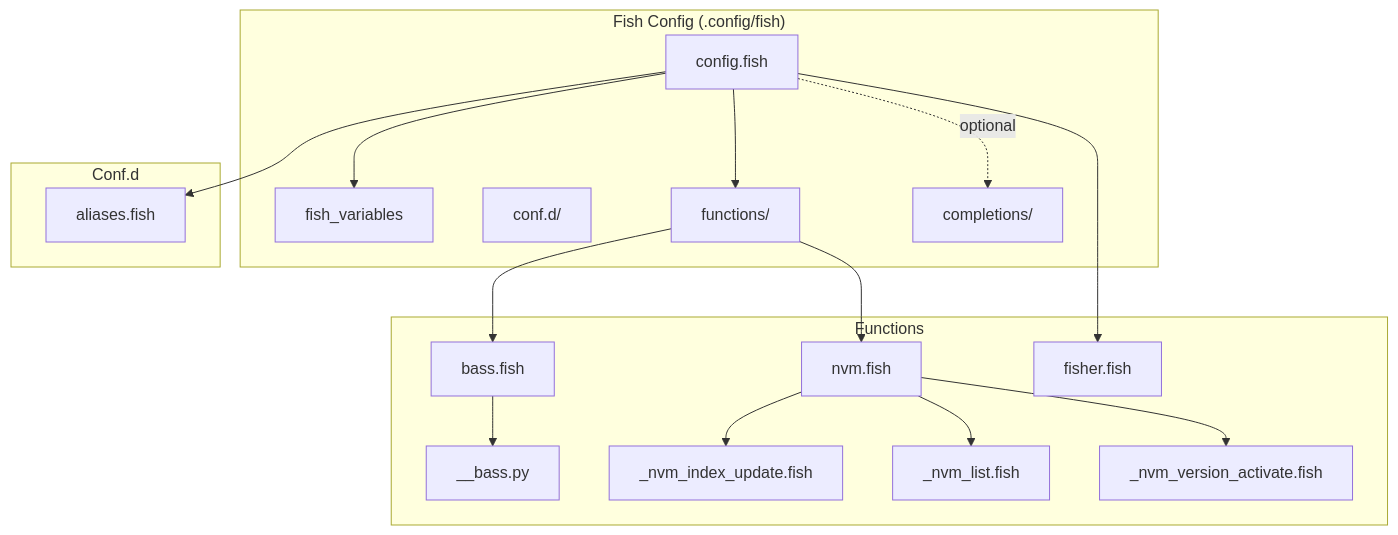
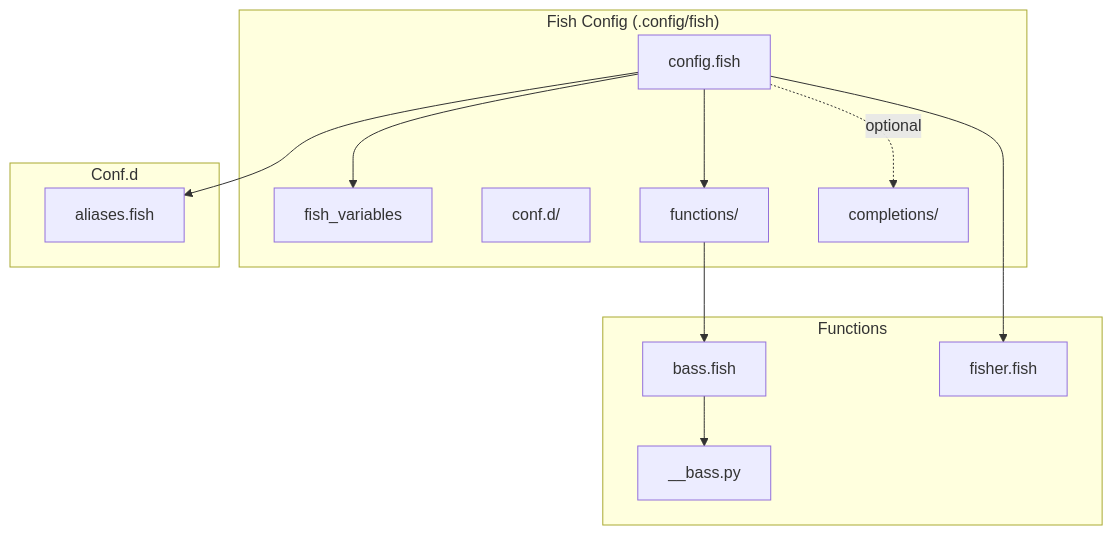
Before and after one commit to cr8ivecodesmith/dotfiles: the first of 8 diagrams in .qoder/repowiki/en/content/Shell Configurations/Fish Shell Configuration.md, drawn with Mermaid. The commit also changed other lines of this file and 5 other files, not shown here.

````diff
--- a/.qoder/repowiki/en/content/Shell Configurations/Fish Shell Configuration.md
+++ b/.qoder/repowiki/en/content/Shell Configurations/Fish Shell Configuration.md
@@ -42,33 +46,25 @@
 ```mermaid
 graph TB
 subgraph "Fish Config (.config/fish)"
 CFG["config.fish"]
 UV["fish_variables"]
 CD["conf.d/"]
 FN["functions/"]
 CMPL["completions/"]
 end
 subgraph "Functions"
-NVM["nvm.fish"]
 BASS["bass.fish"]
 PYB["__bass.py"]
-NUPD["_nvm_index_update.fish"]
-NLST["_nvm_list.fish"]
-NACT["_nvm_version_activate.fish"]
 FSH["fisher.fish"]
 end
 subgraph "Conf.d"
 AL["aliases.fish"]
 end
 CFG --> AL
 CFG --> UV
 CFG --> FN
-FN --> NVM
 FN --> BASS
 BASS --> PYB
-NVM --> NUPD
-NVM --> NLST
-NVM --> NACT
 CFG --> FSH
 CFG -. optional .-> CMPL
 ```
````
